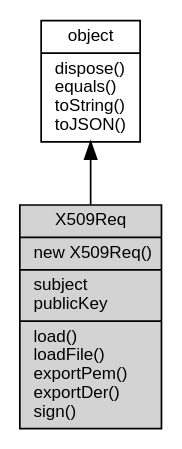
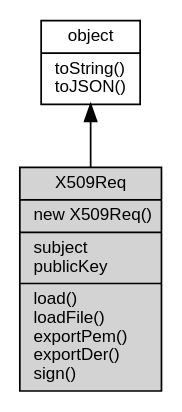
Before and after one commit to asionius/fibjs-ceph: the diagram in docs/object/ifs/X509Req.md, drawn with Graphviz. The commit also changed other lines of this file and 138 other files, not shown here.

````diff
--- a/docs/object/ifs/X509Req.md
+++ b/docs/object/ifs/X509Req.md
@@ -11,10 +11,10 @@
 ```dot
 digraph {
     node [fontname="Helvetica,sans-Serif", fontsize=10, shape="record", style="filled", fillcolor="white"];
 
-    object [tooltip="object", URL="object.md", label="{object|dispose()\lequals()\ltoString()\ltoJSON()\l}"];
-    X509Req [tooltip="X509Req", fillcolor="lightgray", label="{X509Req|new X509Req()\l|subject\lpublicKey\l|load()\lloadFile()\lexportPem()\lexportDer()\lsign()\l}"];
+    object [tooltip="object", URL="object.md", label="{object|toString()\ltoJSON()\l}"];
+    X509Req [tooltip="X509Req", fillcolor="lightgray", id="me", label="{X509Req|new X509Req()\l|subject\lpublicKey\l|load()\lloadFile()\lexportPem()\lexportDer()\lsign()\l}"];
 
     object -> X509Req [dir=back];
 }
 ```
````
